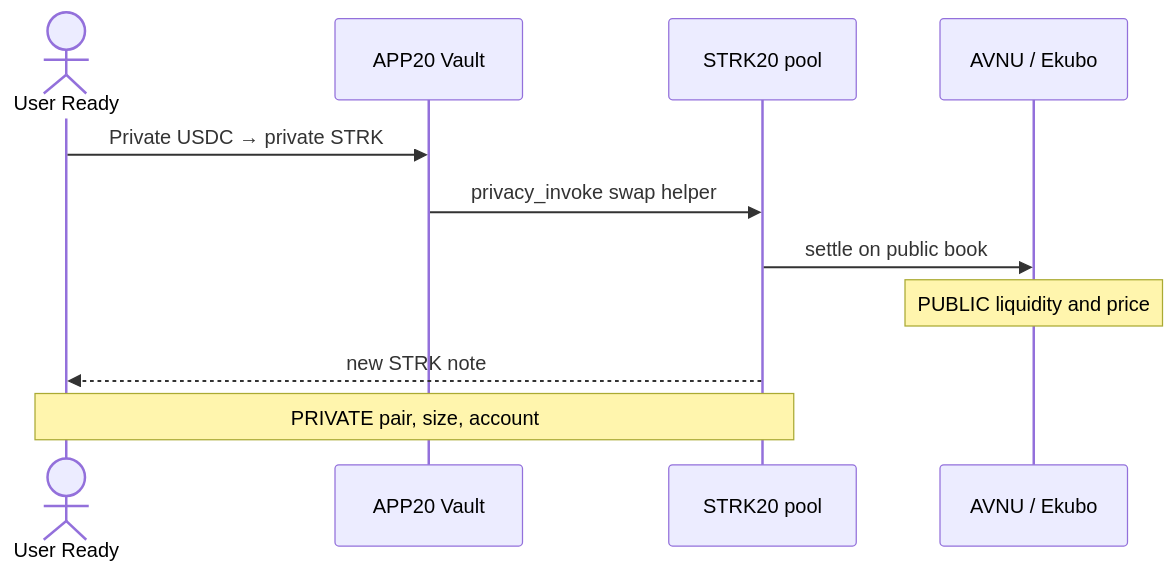
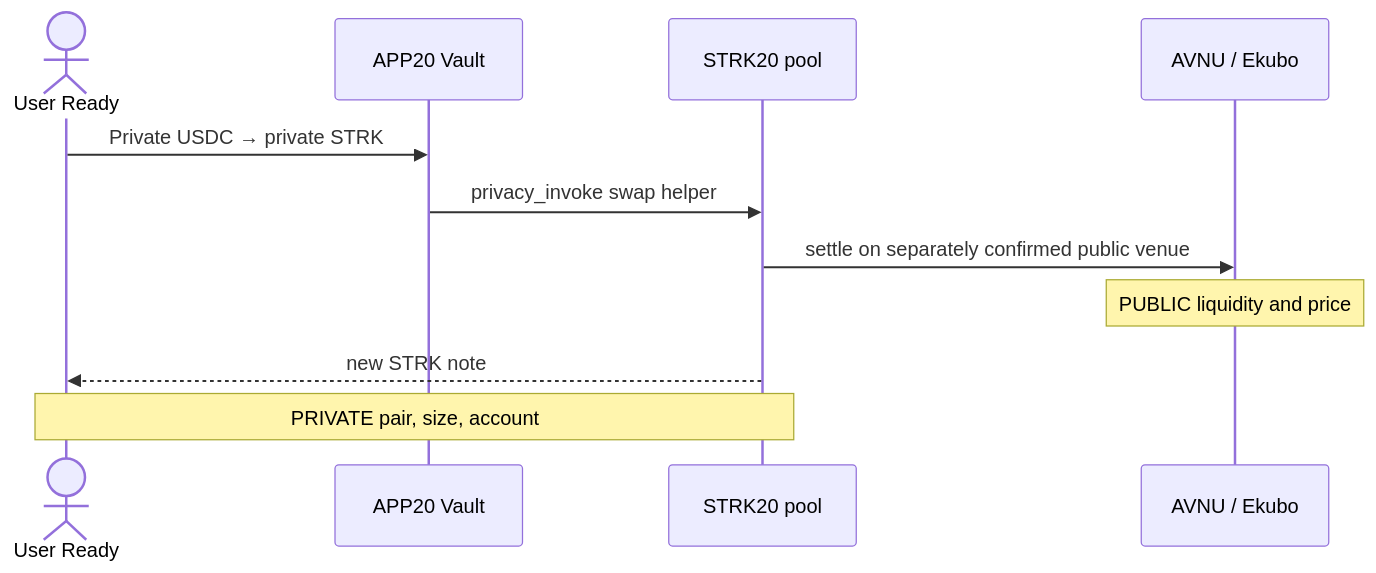
Before and after one commit to gstohl/app20: the second of 10 diagrams in docs/APP20_SWAP_FLOWS.md, drawn with Mermaid. The commit also changed other lines of this file and 135 other files, not shown here.

````diff
--- a/docs/APP20_SWAP_FLOWS.md
+++ b/docs/APP20_SWAP_FLOWS.md
@@ -52,14 +52,14 @@
 ```mermaid
 sequenceDiagram
   actor U as User Ready
   participant V as APP20 Vault
   participant P as STRK20 pool
   participant A as AVNU / Ekubo
 
   U->>V: Private USDC → private STRK
   V->>P: privacy_invoke swap helper
-  P->>A: settle on public book
+  P->>A: settle on separately confirmed public venue
   Note over A: PUBLIC liquidity and price
   P-->>U: new STRK note
   Note over P,U: PRIVATE pair, size, account
 ```
````
